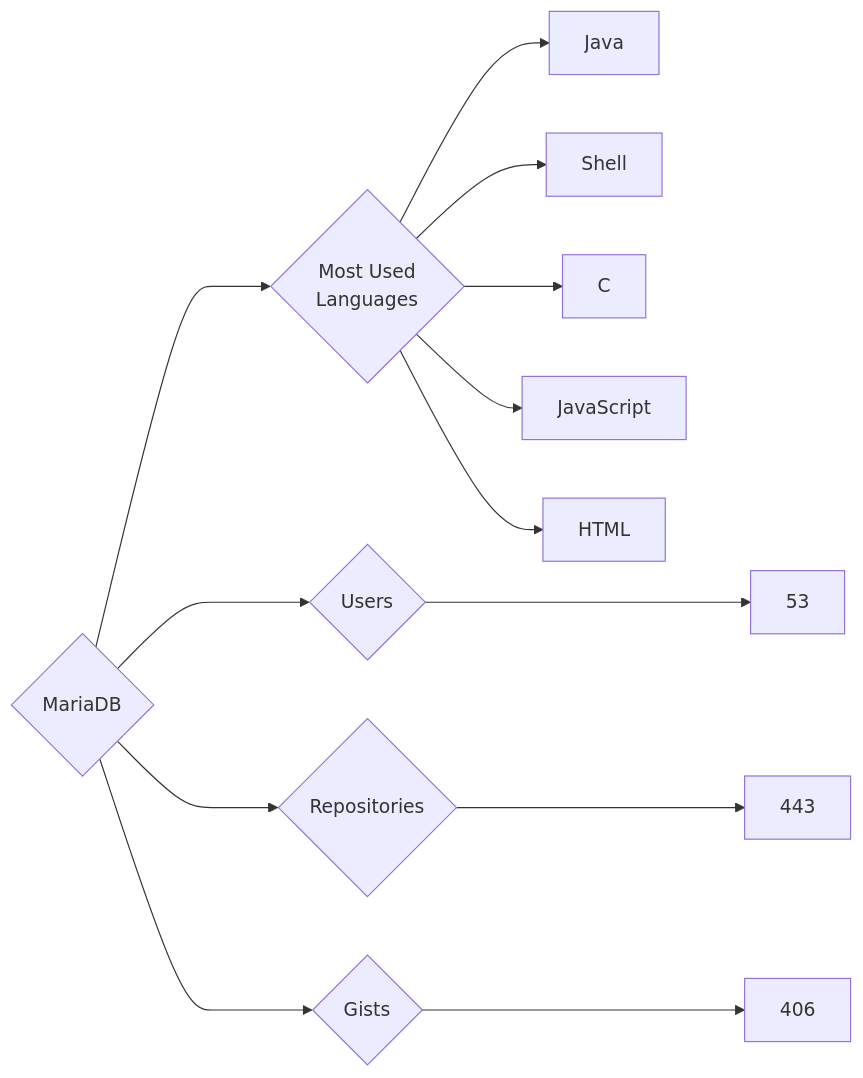
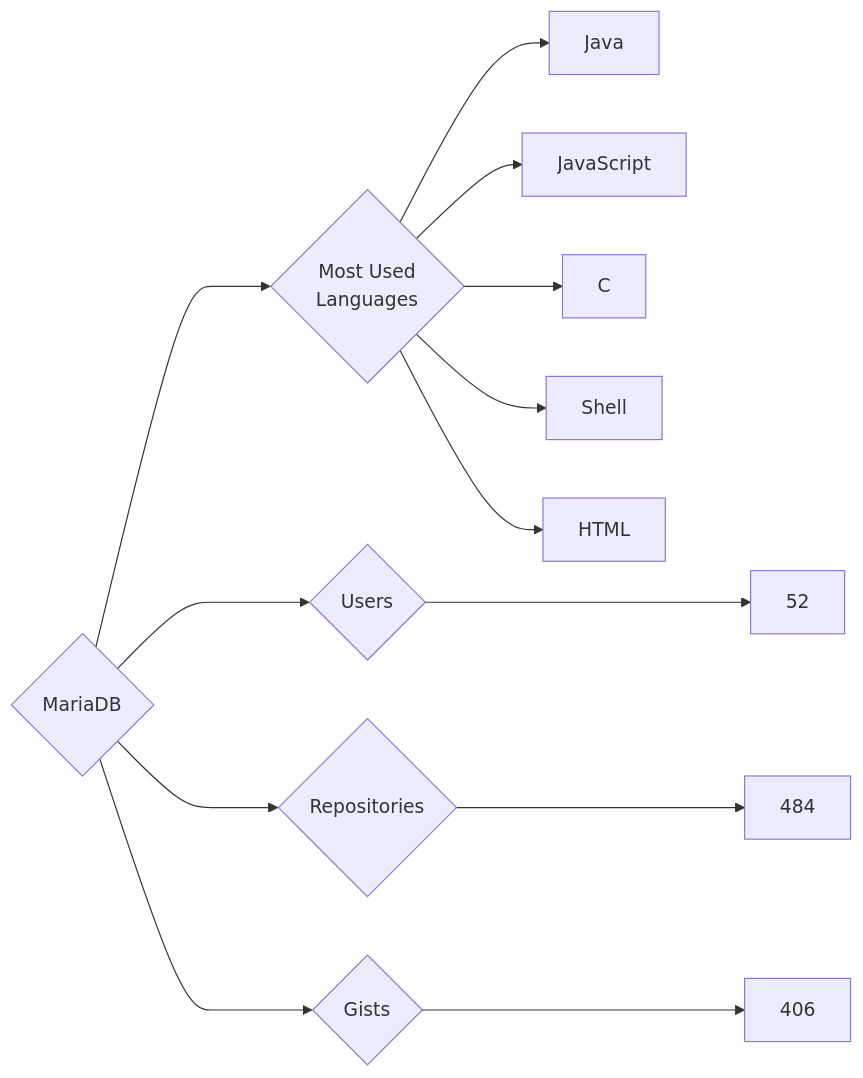
The diagram in targets/MariaDB/README.md (trickest/insiders), drawn with Mermaid before and after one commit. The commit also changed 823 other files, not shown here.

````diff
--- a/targets/MariaDB/README.md
+++ b/targets/MariaDB/README.md
@@ -3,13 +3,13 @@
 ```mermaid
 graph LR
 COMPANY_NAME{MariaDB}
-COMPANY_NAME ---> U{Users} ---> UN[53]
-COMPANY_NAME ---> R{Repositories} ---> RN[443]
+COMPANY_NAME ---> U{Users} ---> UN[52]
+COMPANY_NAME ---> R{Repositories} ---> RN[484]
 COMPANY_NAME ---> G{Gists} ---> GN[406]
 COMPANY_NAME ---> ML{Most Used<br>Languages}
 ML --> Java[Java]
+ML --> JavaScript[JavaScript]
+ML --> C[C]
 ML --> Shell[Shell]
-ML --> C[C]
-ML --> JavaScript[JavaScript]
 ML --> HTML[HTML]
 ```
````
